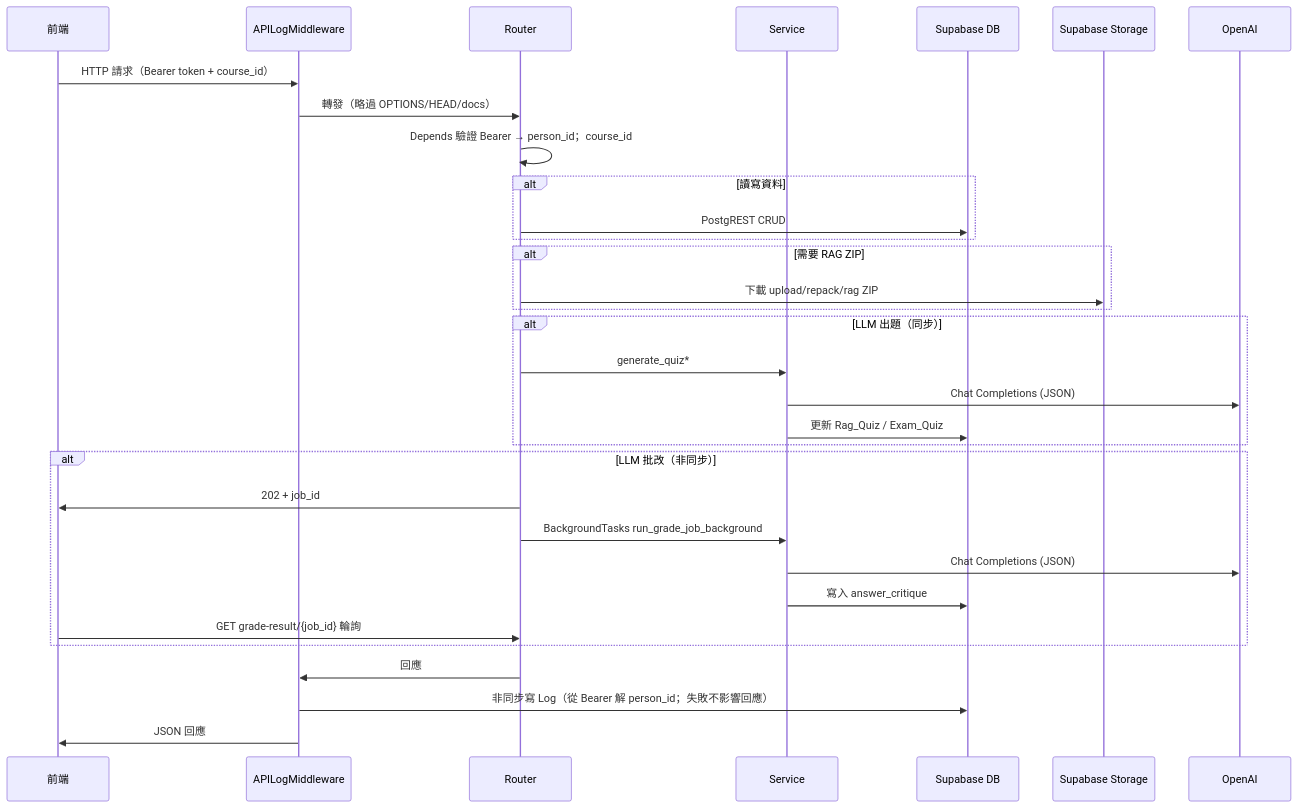
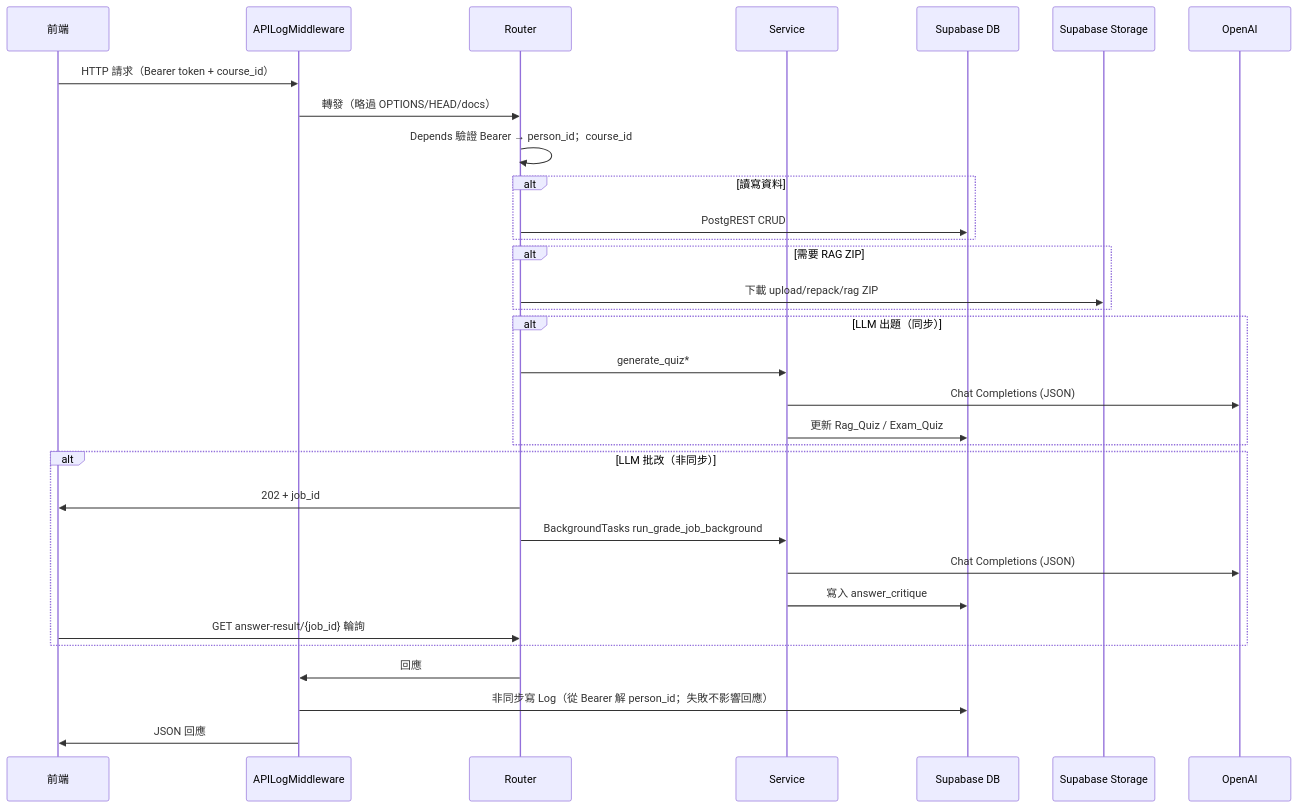
Before and after one commit to kevin7261/MyQuiz-ai-backend: the second of 6 diagrams in README.md, drawn with Mermaid. The commit also changed other lines of this file and 16 other files, not shown here.

````diff
--- a/README.md
+++ b/README.md
@@ -118,35 +118,35 @@
 ```mermaid
 sequenceDiagram
     participant FE as 前端
     participant MW as APILogMiddleware
     participant RT as Router
     participant SV as Service
     participant DB as Supabase DB
     participant ST as Supabase Storage
     participant LLM as OpenAI
 
     FE->>MW: HTTP 請求（Bearer token + course_id）
     MW->>RT: 轉發（略過 OPTIONS/HEAD/docs）
     RT->>RT: Depends 驗證 Bearer → person_id；course_id
     alt 讀寫資料
         RT->>DB: PostgREST CRUD
     end
     alt 需要 RAG ZIP
         RT->>ST: 下載 upload/repack/rag ZIP
     end
     alt LLM 出題（同步）
         RT->>SV: generate_quiz*
         SV->>LLM: Chat Completions (JSON)
         SV->>DB: 更新 Rag_Quiz / Exam_Quiz
     end
     alt LLM 批改（非同步）
         RT->>FE: 202 + job_id
         RT->>SV: BackgroundTasks run_grade_job_background
         SV->>LLM: Chat Completions (JSON)
         SV->>DB: 寫入 answer_critique
-        FE->>RT: GET grade-result/{job_id} 輪詢
+        FE->>RT: GET answer-result/{job_id} 輪詢
     end
     RT->>MW: 回應
     MW->>DB: 非同步寫 Log（從 Bearer 解 person_id；失敗不影響回應）
     MW->>FE: JSON 回應
 ```
````
